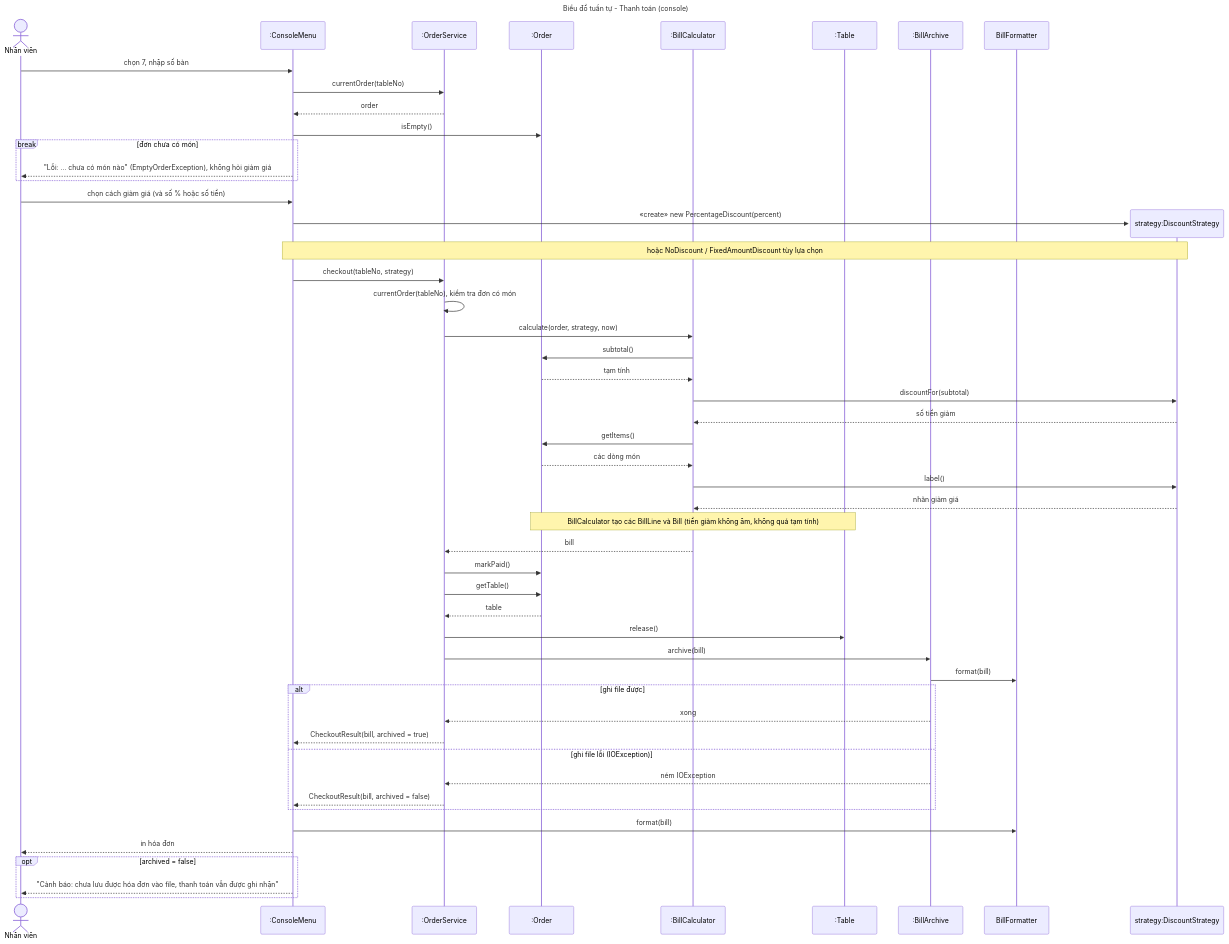
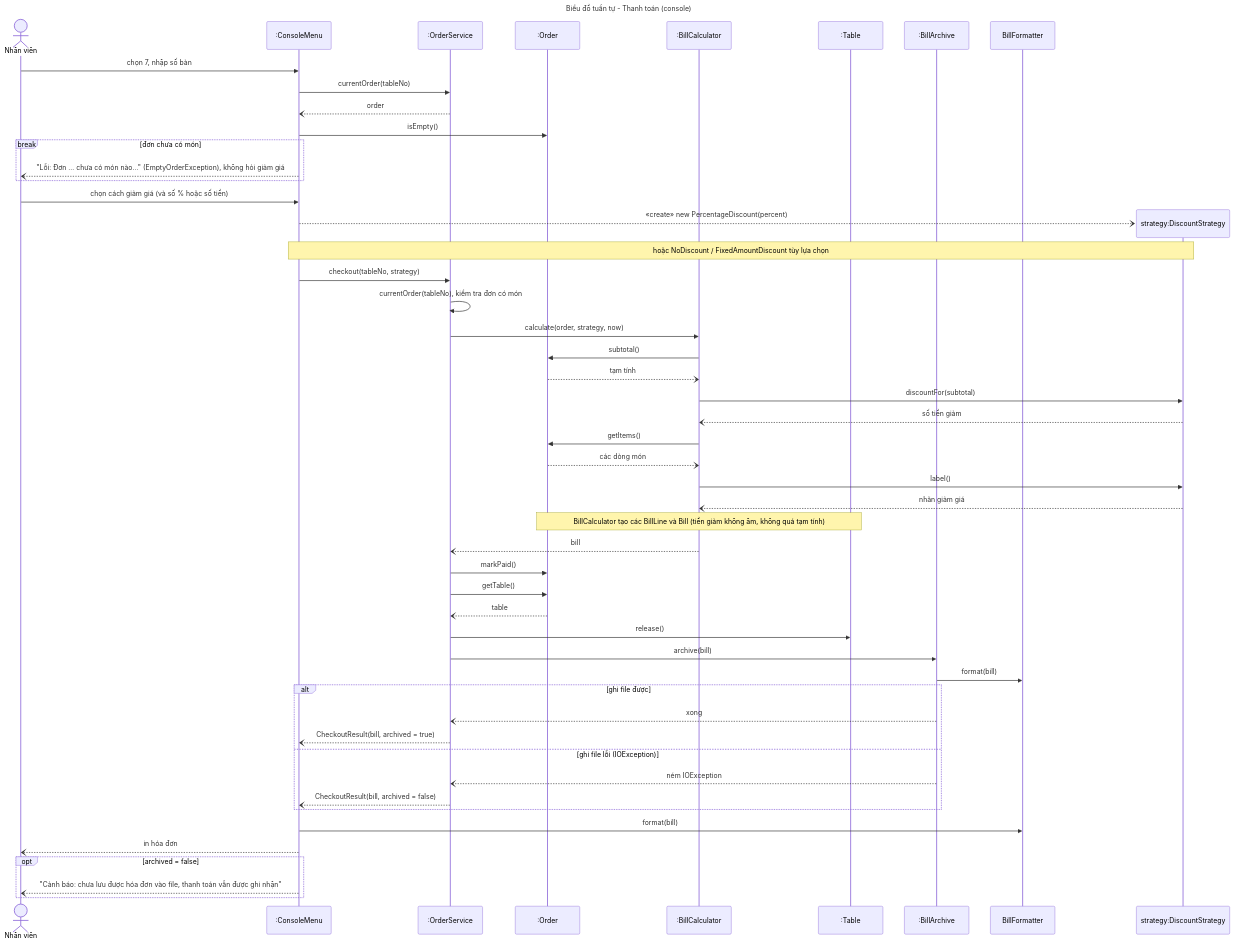
Before and after one commit to ducanhdhtb06-hub/btl-oop-: the diagram in docs/uml/6-tuan-tu-thanh-toan.mmd, drawn with Mermaid. The commit also changed 16 other files, not shown here.

First line of the commit message:
docs: soát lỗi UML lần 2 và sửa 7 chỗ

```diff
--- a/docs/uml/6-tuan-tu-thanh-toan.mmd
+++ b/docs/uml/6-tuan-tu-thanh-toan.mmd
@@ -1,55 +1,55 @@
 ---
 title: Biểu đồ tuần tự - Thanh toán (console)
 ---
 sequenceDiagram
     actor NV as Nhân viên
     participant UI as :ConsoleMenu
     participant OS as :OrderService
     participant O as :Order
     participant BC as :BillCalculator
     participant T as :Table
     participant BA as :BillArchive
     participant BF as BillFormatter
 
     NV->>UI: chọn 7, nhập số bàn
     UI->>OS: currentOrder(tableNo)
-    OS-->>UI: order
+    OS--)UI: order
     UI->>O: isEmpty()
     break đơn chưa có món
-        UI-->>NV: "Lỗi: ... chưa có món nào" (EmptyOrderException), không hỏi giảm giá
+        UI--)NV: "Lỗi: Đơn … chưa có món nào…" (EmptyOrderException), không hỏi giảm giá
     end
     NV->>UI: chọn cách giảm giá (và số % hoặc số tiền)
     create participant DS as strategy:DiscountStrategy
-    UI->>DS: «create» new PercentageDiscount(percent)
+    UI--)DS: «create» new PercentageDiscount(percent)
     Note over UI,DS: hoặc NoDiscount / FixedAmountDiscount tùy lựa chọn
     UI->>OS: checkout(tableNo, strategy)
     OS->>OS: currentOrder(tableNo), kiểm tra đơn có món
     OS->>BC: calculate(order, strategy, now)
     BC->>O: subtotal()
-    O-->>BC: tạm tính
+    O--)BC: tạm tính
     BC->>DS: discountFor(subtotal)
-    DS-->>BC: số tiền giảm
+    DS--)BC: số tiền giảm
     BC->>O: getItems()
-    O-->>BC: các dòng món
+    O--)BC: các dòng món
     BC->>DS: label()
-    DS-->>BC: nhãn giảm giá
+    DS--)BC: nhãn giảm giá
     Note over O,T: BillCalculator tạo các BillLine và Bill (tiền giảm không âm, không quá tạm tính)
-    BC-->>OS: bill
+    BC--)OS: bill
     OS->>O: markPaid()
     OS->>O: getTable()
-    O-->>OS: table
+    O--)OS: table
     OS->>T: release()
     OS->>BA: archive(bill)
     BA->>BF: format(bill)
     alt ghi file được
-        BA-->>OS: xong
-        OS-->>UI: CheckoutResult(bill, archived = true)
+        BA--)OS: xong
+        OS--)UI: CheckoutResult(bill, archived = true)
     else ghi file lỗi (IOException)
-        BA-->>OS: ném IOException
-        OS-->>UI: CheckoutResult(bill, archived = false)
+        BA--)OS: ném IOException
+        OS--)UI: CheckoutResult(bill, archived = false)
     end
     UI->>BF: format(bill)
-    UI-->>NV: in hóa đơn
+    UI--)NV: in hóa đơn
     opt archived = false
-        UI-->>NV: "Cảnh báo: chưa lưu được hóa đơn vào file, thanh toán vẫn được ghi nhận"
+        UI--)NV: "Cảnh báo: chưa lưu được hóa đơn vào file, thanh toán vẫn được ghi nhận"
     end
```
